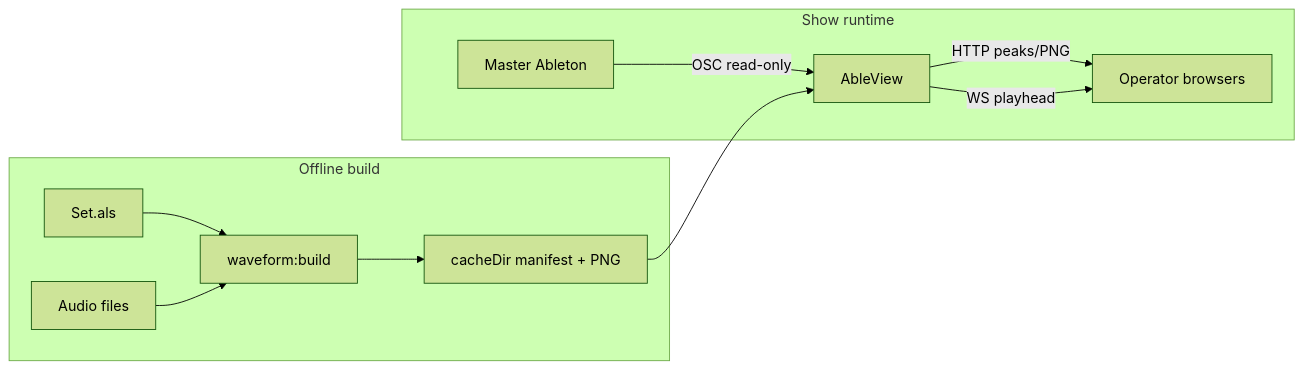
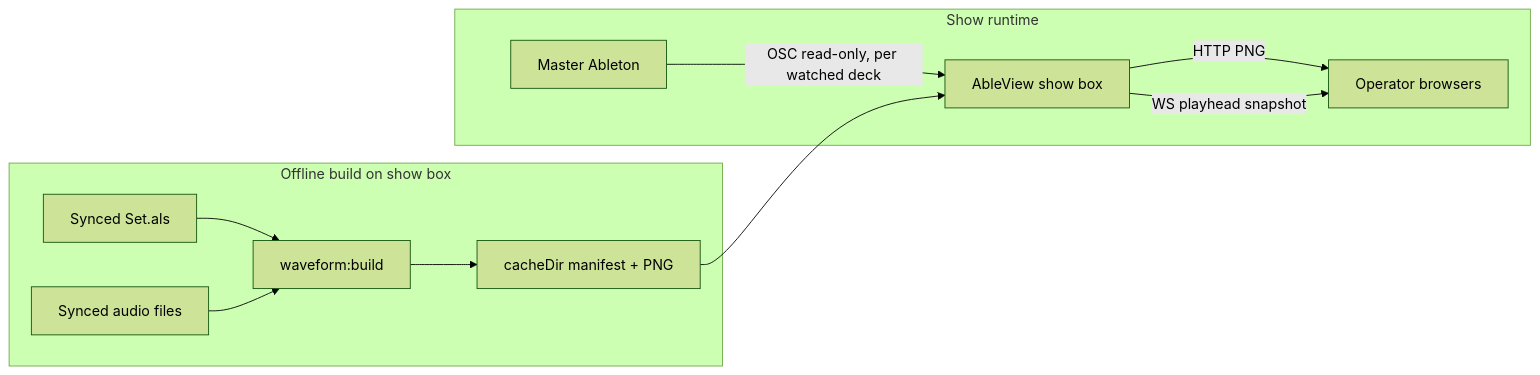
The diagram in docs/plans/M9-waveform-playhead.md (tiwonku/ableview), drawn with Mermaid (forest theme) before and after one commit. The commit also changed other lines of this file and 1 other file, not shown here.

Commit message:
Revise the M9 waveform plan so playheads follow bestMatch across watched decks instead of a single cue track.

````diff
--- a/docs/plans/M9-waveform-playhead.md
+++ b/docs/plans/M9-waveform-playhead.md
@@ -62,21 +74,21 @@
 ```mermaid
 flowchart LR
-  subgraph offline [Offline build]
-    ALS["Set.als"]
-    Audio["Audio files"]
+  subgraph offline [Offline build on show box]
+    ALS["Synced Set.als"]
+    Audio["Synced audio files"]
     Build["waveform:build"]
     Cache["cacheDir manifest + PNG"]
     ALS --> Build
     Audio --> Build
     Build --> Cache
   end
   subgraph runtime [Show runtime]
     Live["Master Ableton"]
-    AV["AbleView"]
+    AV["AbleView show box"]
     Browsers["Operator browsers"]
-    Live -->|"OSC read-only"| AV
+    Live -->|"OSC read-only, per watched deck"| AV
     Cache --> AV
-    AV -->|"HTTP peaks/PNG"| Browsers
-    AV -->|"WS playhead"| Browsers
+    AV -->|"HTTP PNG"| Browsers
+    AV -->|"WS playhead snapshot"| Browsers
   end
 ```
````
